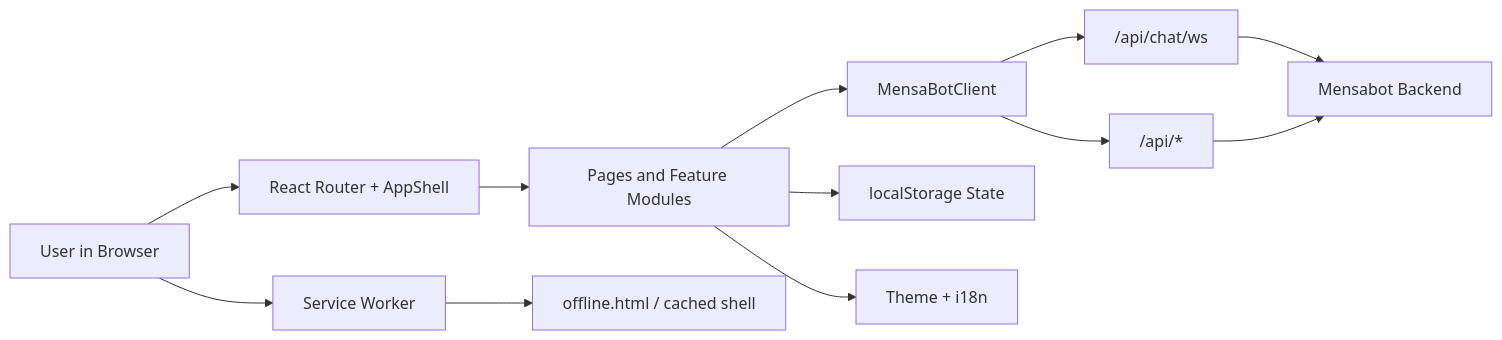
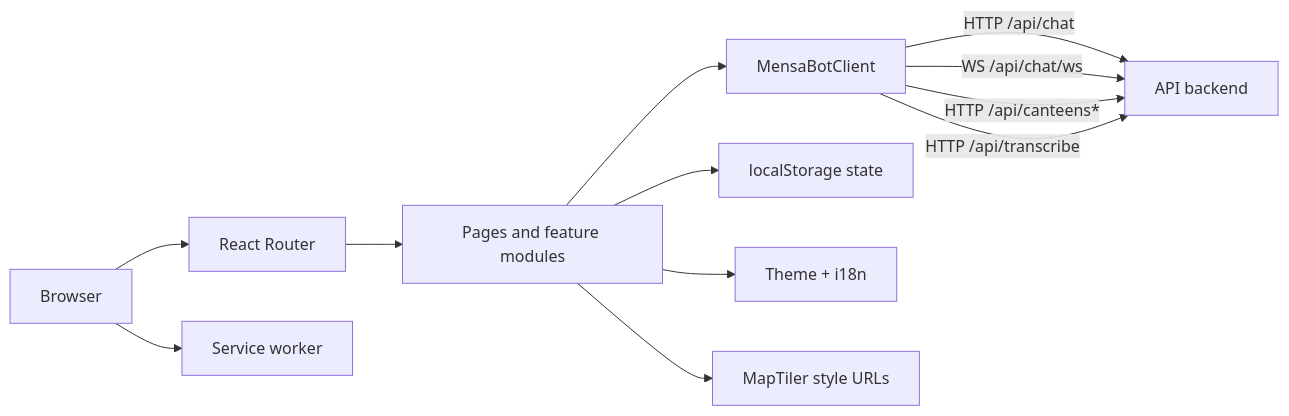
One commit to tobiasv1337/Mensabot changed the first of 2 diagrams in frontend/README.md. Above: the diagram before and after it, drawn with Mermaid. The commit also changed other lines of this file and 13 other files, not shown here.

````diff
--- a/frontend/README.md
+++ b/frontend/README.md
@@ -105,14 +27,14 @@
 ```mermaid
 flowchart LR
-    U["User in Browser"] --> R["React Router + AppShell"]
-    R --> P["Pages and Feature Modules"]
-    P --> C["MensaBotClient"]
-    C --> W["/api/chat/ws"]
-    C --> H["/api/*"]
-    P --> S["localStorage State"]
-    P --> T["Theme + i18n"]
-    U --> SW["Service Worker"]
-    W --> B["Mensabot Backend"]
-    H --> B
-    SW --> O["offline.html / cached shell"]
+    Browser["Browser"] --> Router["React Router"]
+    Router --> Pages["Pages and feature modules"]
+    Pages --> Client["MensaBotClient"]
+    Pages --> Storage["localStorage state"]
+    Pages --> Theme["Theme + i18n"]
+    Browser --> SW["Service worker"]
+    Client -->|HTTP /api/chat| Backend["API backend"]
+    Client -->|WS /api/chat/ws| Backend
+    Client -->|HTTP /api/canteens*| Backend
+    Client -->|HTTP /api/transcribe| Backend
+    Pages --> MapTiler["MapTiler style URLs"]
 ```
````
